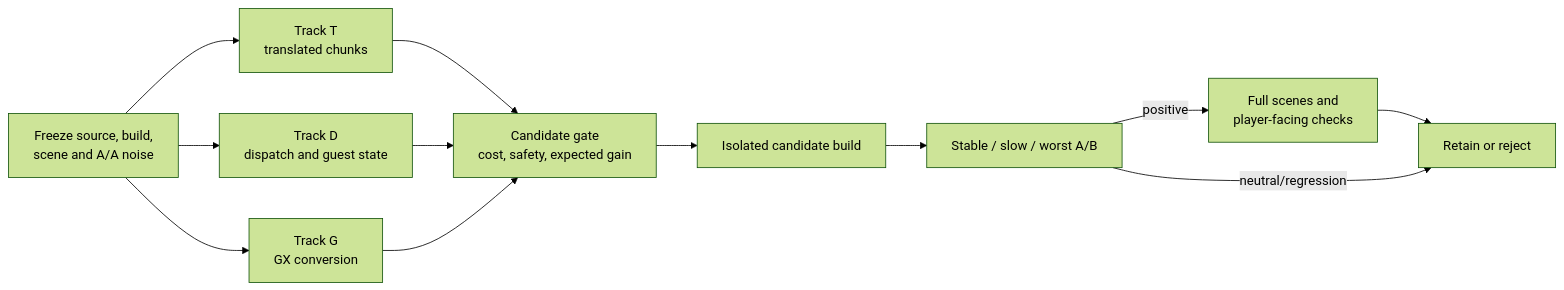
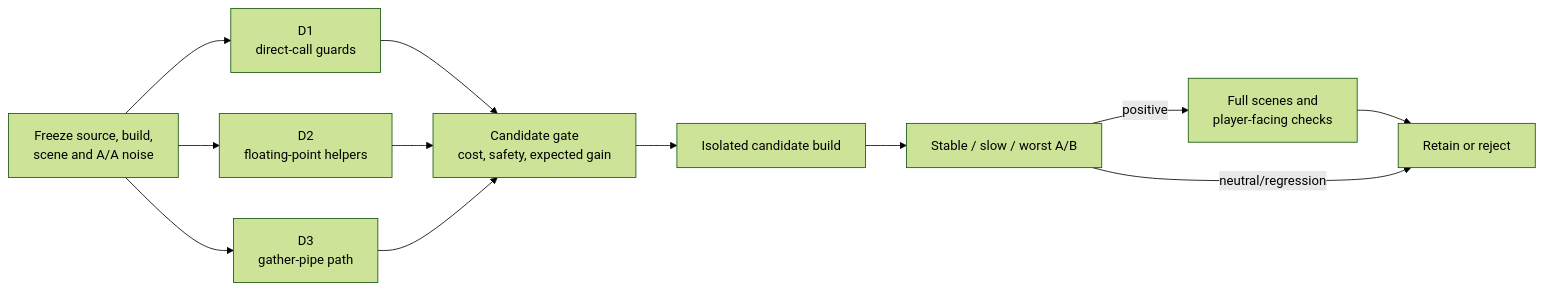
The diagram in docs/planning/2026-10-27-runtime_cpu_optimization/TECH_PLAN.md (irregularthanis/bluewake), drawn with Mermaid (forest theme) before and after one commit. The commit also changed other lines of this file and 2 other files, not shown here.

Commit message:
docs: focus runtime plan on shared translated costs

````diff
--- a/docs/planning/2026-10-27-runtime_cpu_optimization/TECH_PLAN.md
+++ b/docs/planning/2026-10-27-runtime_cpu_optimization/TECH_PLAN.md
@@ -19,19 +22,19 @@
 ```mermaid
 flowchart LR
     Baseline["Freeze source, build,<br/>scene and A/A noise"]
-    T["Track T<br/>translated chunks"]
-    D["Track D<br/>dispatch and guest state"]
-    G["Track G<br/>GX conversion"]
+    D["D1<br/>direct-call guards"]
+    F["D2<br/>floating-point helpers"]
+    G["D3<br/>gather-pipe path"]
     Gate["Candidate gate<br/>cost, safety, expected gain"]
     Build["Isolated candidate build"]
     Fixed["Stable / slow / worst A/B"]
     Tour["Full scenes and<br/>player-facing checks"]
     Decision["Retain or reject"]
 
-    Baseline --> T --> Gate
     Baseline --> D --> Gate
+    Baseline --> F --> Gate
     Baseline --> G --> Gate
     Gate --> Build --> Fixed
     Fixed -->|positive| Tour --> Decision
     Fixed -->|neutral/regression| Decision
 ```
````
